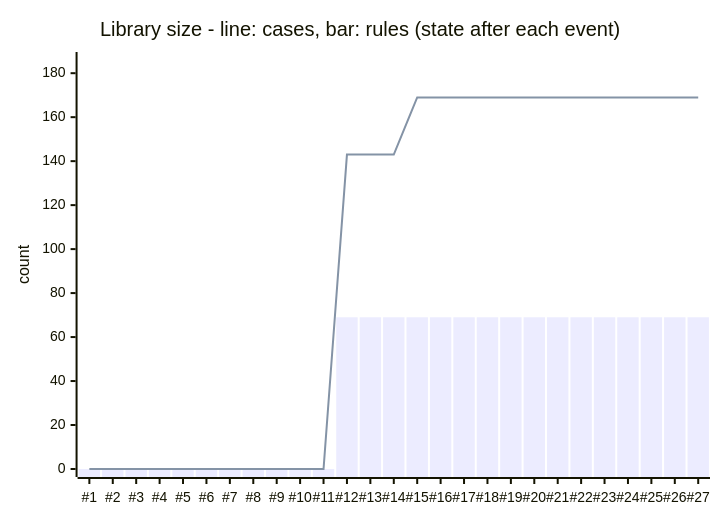
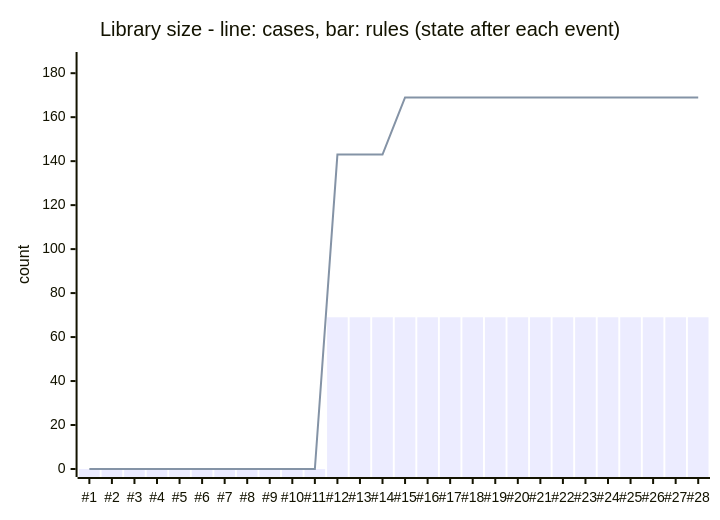
Before and after one commit to mahdighandi1989/Lifemanager: the fifth of 5 diagrams in apps/learning-architecture/docs/HANDBOOK.md, drawn with Mermaid. The commit also changed other lines of this file and 23 other files, not shown here.

First line of the commit message:
feat(learning-architecture): Google Drive mirror — one folder + one tabbed spreadsheet per case, topic and the course under LifeManagerData/learning-architecture, linked from the page

````diff
--- a/apps/learning-architecture/docs/HANDBOOK.md
+++ b/apps/learning-architecture/docs/HANDBOOK.md
@@ -339,8 +341,8 @@
 ```mermaid
 xychart-beta
     title "Library size - line: cases, bar: rules (state after each event)"
-    x-axis ["#1", "#2", "#3", "#4", "#5", "#6", "#7", "#8", "#9", "#10", "#11", "#12", "#13", "#14", "#15", "#16", "#17", "#18", "#19", "#20", "#21", "#22", "#23", "#24", "#25", "#26", "#27"]
+    x-axis ["#1", "#2", "#3", "#4", "#5", "#6", "#7", "#8", "#9", "#10", "#11", "#12", "#13", "#14", "#15", "#16", "#17", "#18", "#19", "#20", "#21", "#22", "#23", "#24", "#25", "#26", "#27", "#28"]
     y-axis "count" 0 --> 186
-    bar [0, 0, 0, 0, 0, 0, 0, 0, 0, 0, 0, 69, 69, 69, 69, 69, 69, 69, 69, 69, 69, 69, 69, 69, 69, 69, 69]
-    line [0, 0, 0, 0, 0, 0, 0, 0, 0, 0, 0, 143, 143, 143, 169, 169, 169, 169, 169, 169, 169, 169, 169, 169, 169, 169, 169]
+    bar [0, 0, 0, 0, 0, 0, 0, 0, 0, 0, 0, 69, 69, 69, 69, 69, 69, 69, 69, 69, 69, 69, 69, 69, 69, 69, 69, 69]
+    line [0, 0, 0, 0, 0, 0, 0, 0, 0, 0, 0, 143, 143, 143, 169, 169, 169, 169, 169, 169, 169, 169, 169, 169, 169, 169, 169, 169]
 ```
````
